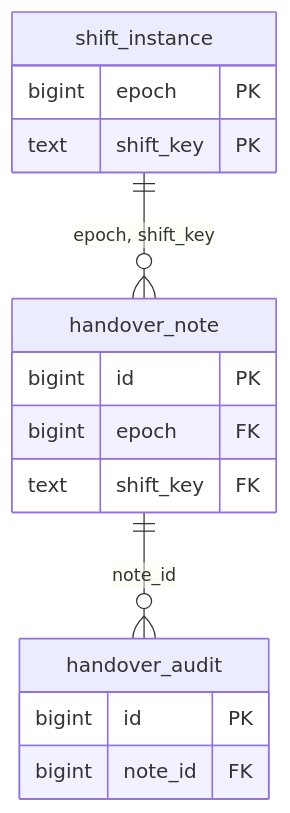
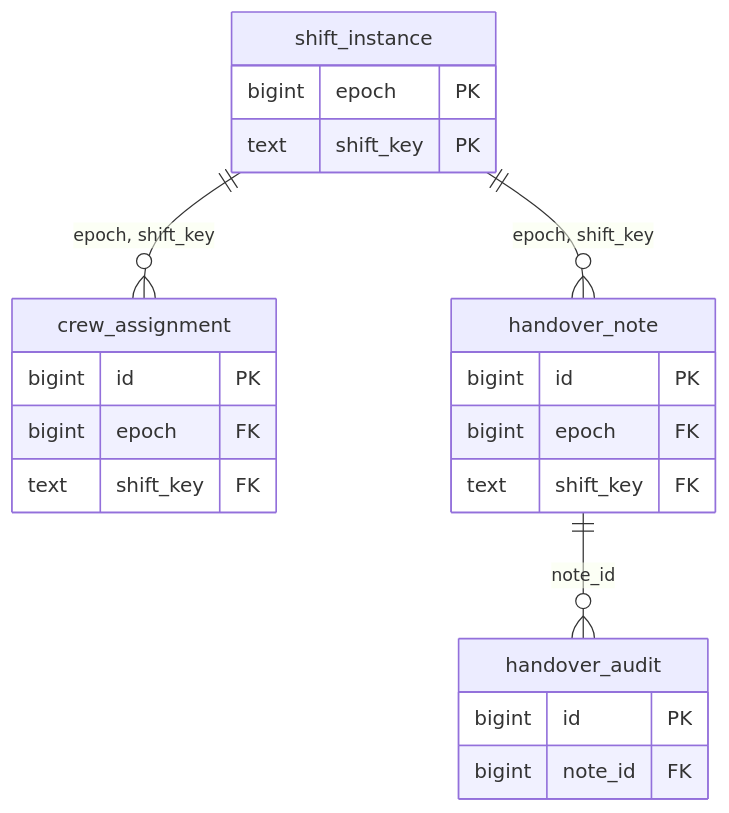
One commit to kubilayture/shopfloor-twin changed the third of 4 diagrams in docs/data-model.md. Above: the diagram before and after it, drawn with Mermaid. The commit also changed other lines of this file and 39 other files, not shown here.

````diff
--- a/docs/data-model.md
+++ b/docs/data-model.md
@@ -144,18 +202,24 @@
 ```mermaid
 erDiagram
+  crew_assignment {
+    bigint id PK
+    bigint epoch FK
+    text shift_key FK
+  }
   handover_audit {
     bigint id PK
     bigint note_id FK
   }
   handover_note {
     bigint id PK
     bigint epoch FK
     text shift_key FK
   }
   shift_instance {
     bigint epoch PK
     text shift_key PK
   }
+  shift_instance ||--o{ crew_assignment : "epoch, shift_key"
   handover_note ||--o{ handover_audit : "note_id"
   shift_instance ||--o{ handover_note : "epoch, shift_key"
 ```
````
